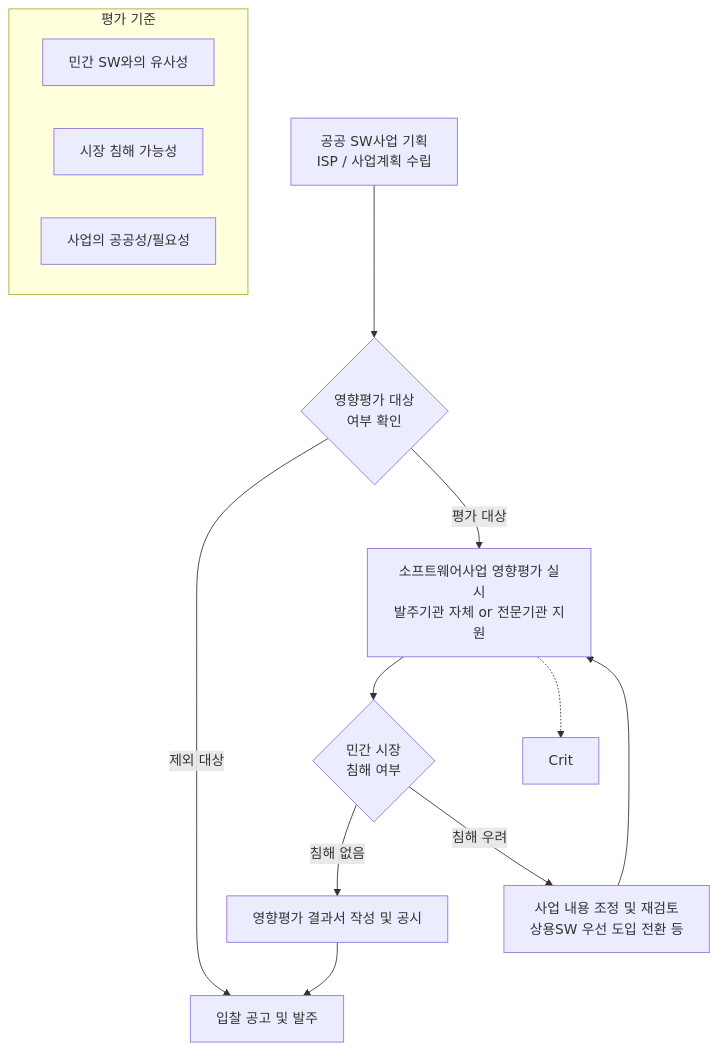
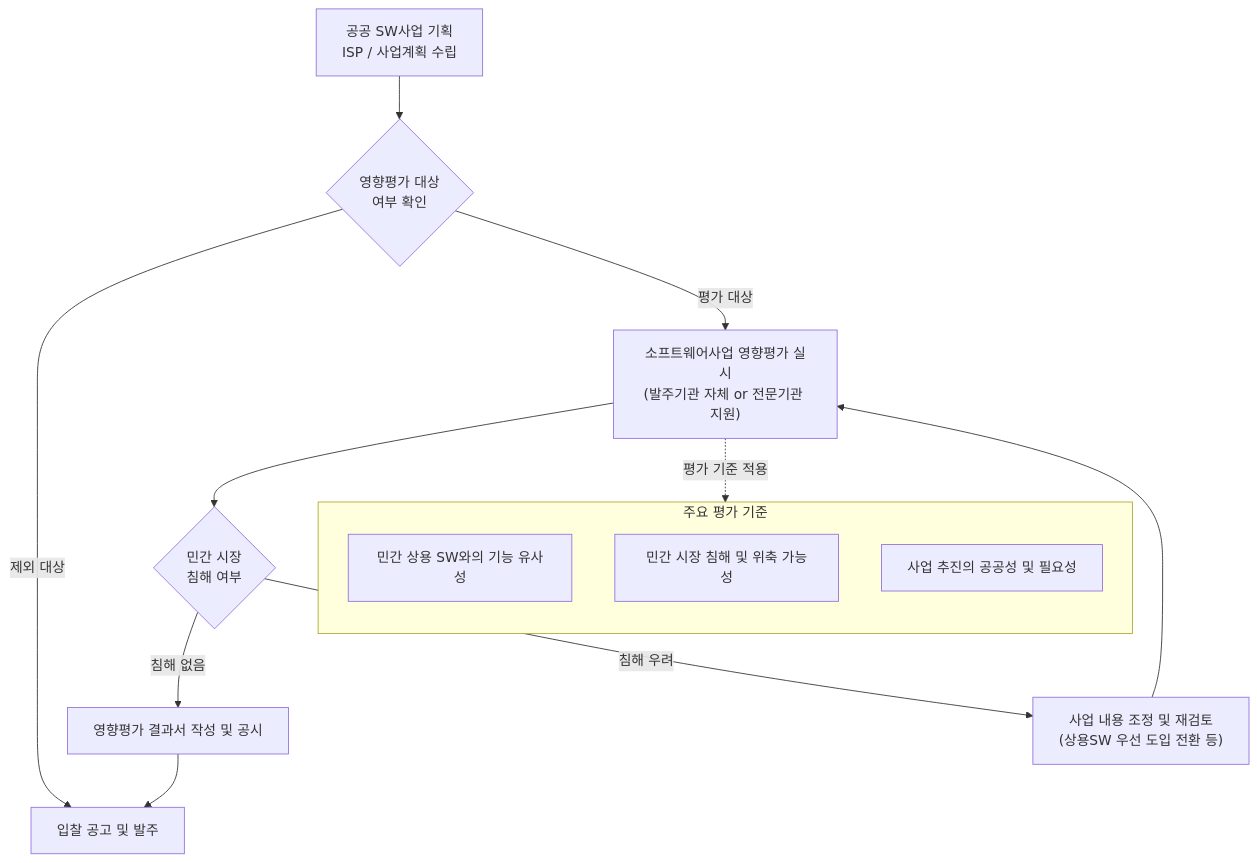
The diagram in content/01_IT Tech/소프트웨어사업 영향평가.md (supremethumb/supremethumb.github.io), drawn with Mermaid before and after one commit. The commit also changed other lines of this file and 362 other files, not shown here.

````diff
--- a/content/01_IT Tech/소프트웨어사업 영향평가.md
+++ b/content/01_IT Tech/소프트웨어사업 영향평가.md
@@ -27,22 +30,21 @@
 ```mermaid
 flowchart TD
-    A["공공 SW사업 기획\nISP / 사업계획 수립"] --> B{영향평가 대상\n여부 확인}
+    A["공공 SW사업 기획<br/>ISP / 사업계획 수립"] --> B{영향평가 대상<br/>여부 확인}
     B -- 제외 대상 --> C[입찰 공고 및 발주]
-    B -- 평가 대상 --> D[소프트웨어사업 영향평가 실시\n발주기관 자체 or 전문기관 지원]
+    B -- 평가 대상 --> D["소프트웨어사업 영향평가 실시<br/>(발주기관 자체 or 전문기관 지원)"]
     
-    D --> E{민간 시장\n침해 여부}
+    D --> E{민간 시장<br/>침해 여부}
     
     E -- 침해 없음 --> F[영향평가 결과서 작성 및 공시]
     F --> C
-    E -- 침해 우려 --> G[사업 내용 조정 및 재검토\n상용SW 우선 도입 전환 등]
+    E -- 침해 우려 --> G["사업 내용 조정 및 재검토<br/>(상용SW 우선 도입 전환 등)"]
     G --> D
     
-    subgraph "평가 기준"
-    H[민간 SW와의 유사성]
-    I[시장 침해 가능성]
-    J["사업의 공공성/필요성"]
+    subgraph Crit ["주요 평가 기준"]
+        direction TB
+        H["민간 상용 SW와의 기능 유사성"]
+        I["민간 시장 침해 및 위축 가능성"]
+        J["사업 추진의 공공성 및 필요성"]
     end
-    D -.-> Crit
-
-
+    D -. "평가 기준 적용" .-> Crit
 ```
````
